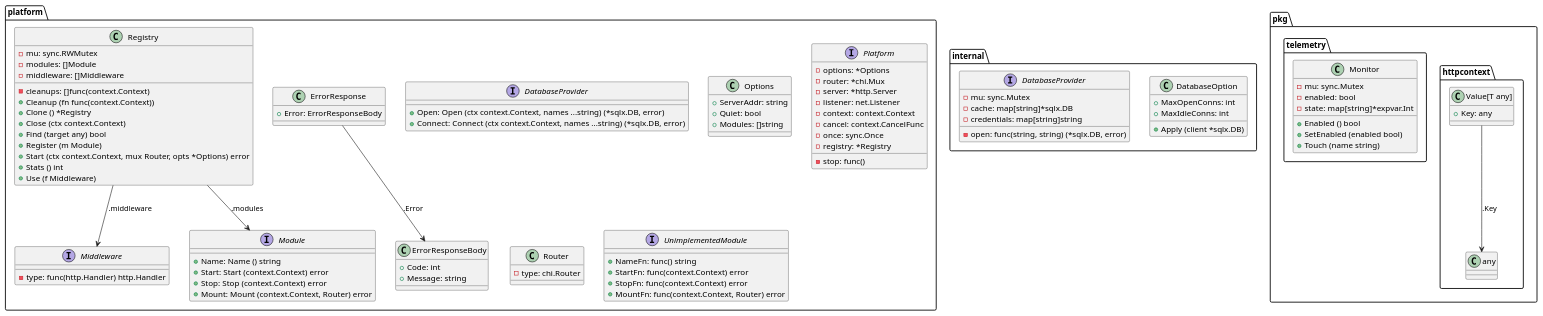
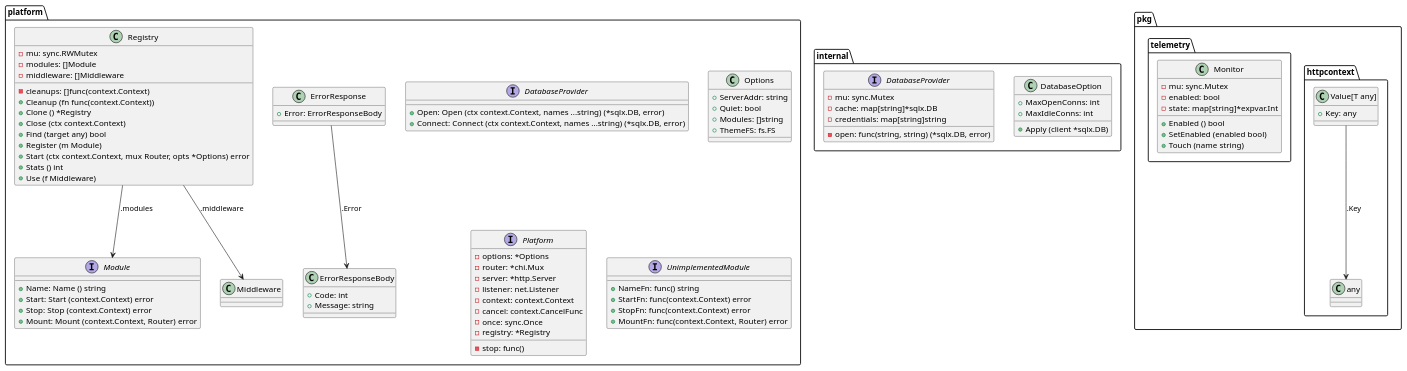
Before and after one commit to titpetric/platform: the diagram in docs/structure.puml, drawn with PlantUML. The commit also changed 7 other files, not shown here.

Commit message:
Add ThemeFS to platform options, update coverage

```diff
--- a/docs/structure.puml
+++ b/docs/structure.puml
@@ -1,117 +1,108 @@
 @startuml
 
 class "internal.DatabaseOption" {
   + MaxOpenConns: int
   + MaxIdleConns: int
   + Apply (client *sqlx.DB)
 }
 
 interface "internal.DatabaseProvider" {
   - open: func(string, string) (*sqlx.DB, error)
   - mu: sync.Mutex
   - cache: map[string]*sqlx.DB
   - credentials: map[string]string
 }
 
 class "pkg.httpcontext.Value[T any]" {
   + Key: any
 }
 
 class "pkg.telemetry.Monitor" {
   - mu: sync.Mutex
   - enabled: bool
   - state: map[string]*expvar.Int
   + Enabled () bool
   + SetEnabled (enabled bool)
   + Touch (name string)
 }
 
 interface "platform.DatabaseProvider" {
   + Open: Open (ctx context.Context, names ...string) (*sqlx.DB, error)
   + Connect: Connect (ctx context.Context, names ...string) (*sqlx.DB, error)
 }
 
 class "platform.ErrorResponse" {
   + Error: ErrorResponseBody
 }
 
 class "platform.ErrorResponseBody" {
   + Code: int
   + Message: string
 }
 
-interface "platform.Middleware" {
-  - type: func(http.Handler) http.Handler
-}
-
 interface "platform.Module" {
   + Name: Name () string
   + Start: Start (context.Context) error
   + Stop: Stop (context.Context) error
   + Mount: Mount (context.Context, Router) error
 }
 
 class "platform.Options" {
   + ServerAddr: string
   + Quiet: bool
   + Modules: []string
+  + ThemeFS: fs.FS
 }
 
 interface "platform.Platform" {
   - options: *Options
   - router: *chi.Mux
   - server: *http.Server
   - listener: net.Listener
   - context: context.Context
   - cancel: context.CancelFunc
   - stop: func()
   - once: sync.Once
   - registry: *Registry
 }
 
 class "platform.Registry" {
   - mu: sync.RWMutex
   - modules: []Module
   - middleware: []Middleware
   - cleanups: []func(context.Context)
   + Cleanup (fn func(context.Context))
   + Clone () *Registry
   + Close (ctx context.Context)
   + Find (target any) bool
   + Register (m Module)
   + Start (ctx context.Context, mux Router, opts *Options) error
   + Stats () int
   + Use (f Middleware)
 }
 
-class "platform.Router" {
-  - type: chi.Router
-}
-
 interface "platform.UnimplementedModule" {
   + NameFn: func() string
   + StartFn: func(context.Context) error
   + StopFn: func(context.Context) error
   + MountFn: func(context.Context, Router) error
 }
 
 
 
 "pkg.httpcontext.Value[T any]" --> "pkg.httpcontext.any" : .Key
 
 
 
 "platform.ErrorResponse" --> "platform.ErrorResponseBody" : .Error
 
 
 
 
 
-
 "platform.Registry" --> "platform.Module" : .modules
 "platform.Registry" --> "platform.Middleware" : .middleware
 
 
 
-
 @enduml
```
